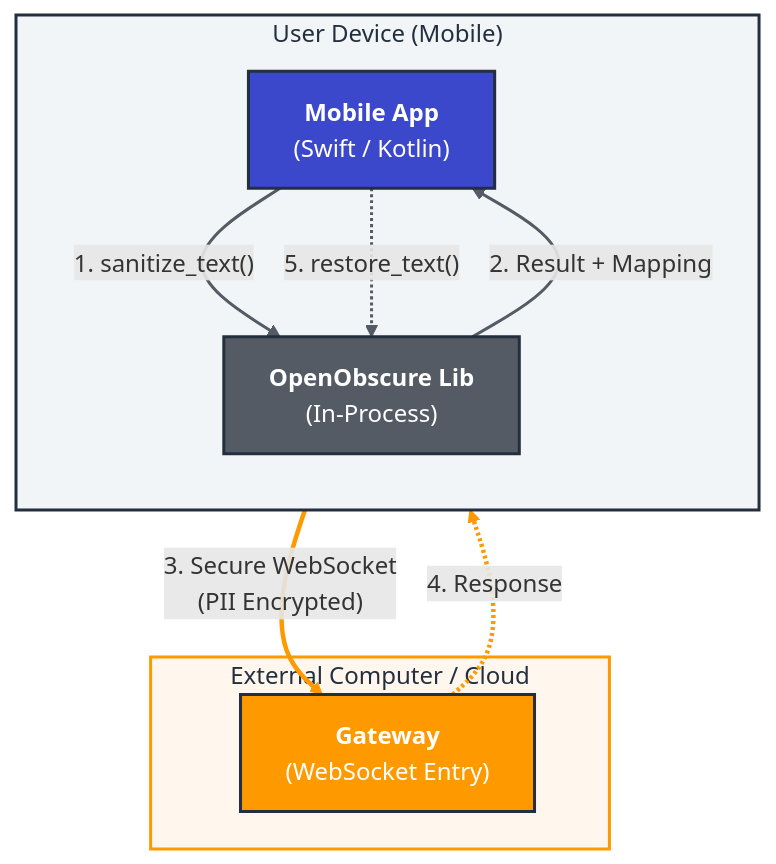
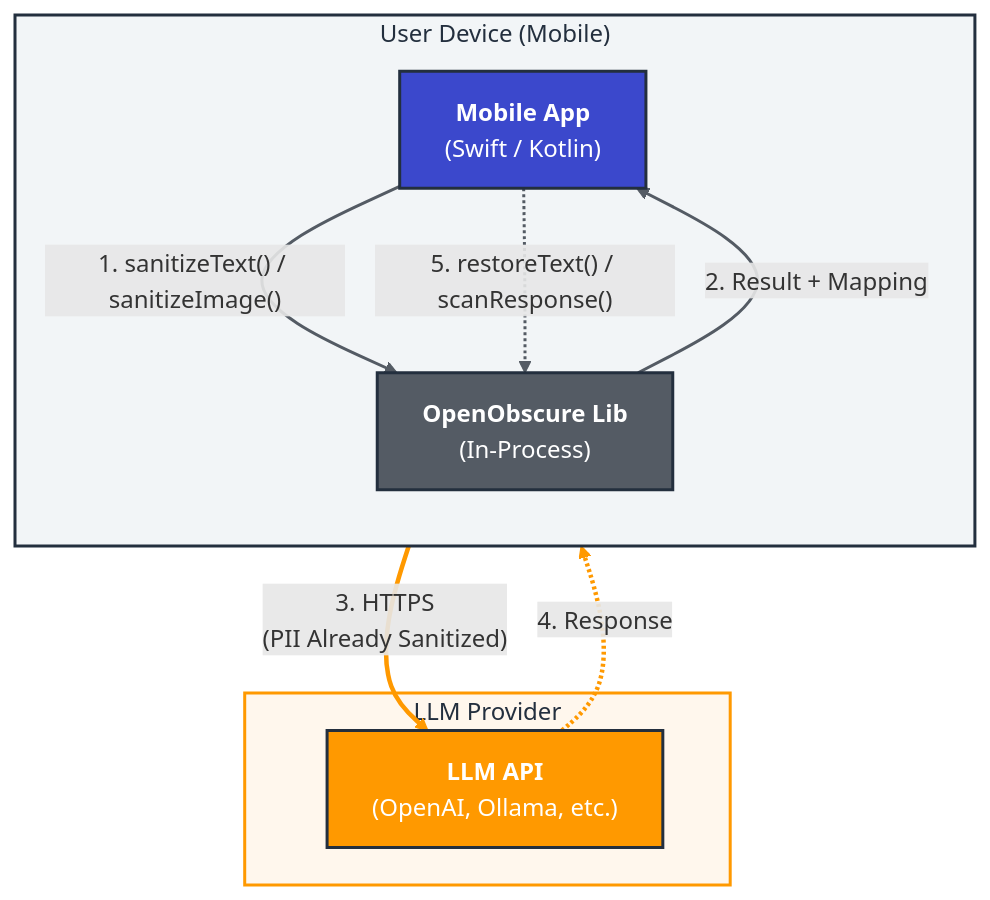
The second of 6 diagrams in README.md (OpenObscure/OpenObscure), drawn with Mermaid before and after one commit. The commit also changed 1 other file, not shown here.

Commit message:
Fix embedded model diagrams to show direct-to-LLM architecture
Embedded diagrams incorrectly showed Gateway as required intermediary.
Replaced with app → LLM Provider flow reflecting that the library
sanitizes in-process and the app handles networking directly.

````diff
--- a/README.md
+++ b/README.md
@@ -70,41 +70,37 @@
 ```mermaid
 flowchart TB
     %% Direction and Layout
     direction TB
 
     subgraph UserDevice [" User Device (Mobile) "]
         direction TB
         app["<b>Mobile App</b><br/>(Swift / Kotlin)"]
         lib["<b>OpenObscure Lib</b><br/>(In-Process)"]
-        
-        %% Internal logic
-        app -- "1. sanitize_text()" --> lib
+
+        app -- "1. sanitizeText() / sanitizeImage()" --> lib
         lib -- "2. Result + Mapping" --> app
     end
 
-    subgraph Cloud [" External Computer / Cloud "]
-        gw["<b>Gateway</b><br/>(WebSocket Entry)"]
+    subgraph Cloud [" LLM Provider "]
+        llm["<b>LLM API</b><br/>(OpenAI, Ollama, etc.)"]
     end
 
-    %% Network Connections
-    app == "3. Secure WebSocket<br/>(PII Encrypted)" ==> gw
-    gw -. "4. Response" .-> app
-    
-    %% Final local step
-    app -. "5. restore_text()" .-> lib
+    %% App talks directly to LLM — no Gateway required
+    app == "3. HTTPS<br/>(PII Already Sanitized)" ==> llm
+    llm -. "4. Response" .-> app
+
+    %% Local restore + cognitive firewall on response
+    app -. "5. restoreText() / scanResponse()" .-> lib
 
     %% --- AWS STYLE STYLING ---
-    
-    %% Device Styling (AWS Blue/Grey tones)
+
     style UserDevice fill:#f2f5f7,stroke:#232F3E,stroke-width:2px,color:#232F3E
     style app fill:#3b48cc,stroke:#232F3E,stroke-width:2px,color:#fff
     style lib fill:#545b64,stroke:#232F3E,stroke-width:2px,color:#fff
 
-    %% Cloud Styling (AWS Orange tones)
     style Cloud fill:#fff7ed,stroke:#ff9900,stroke-width:2px,color:#232F3E
-    style gw fill:#ff9900,stroke:#232F3E,stroke-width:2px,color:#fff
+    style llm fill:#ff9900,stroke:#232F3E,stroke-width:2px,color:#fff
 
-    %% Link Styling
     linkStyle 0,1,4 stroke:#545b64,stroke-width:2px
     linkStyle 2,3 stroke:#ff9900,stroke-width:3px
 ```
````
